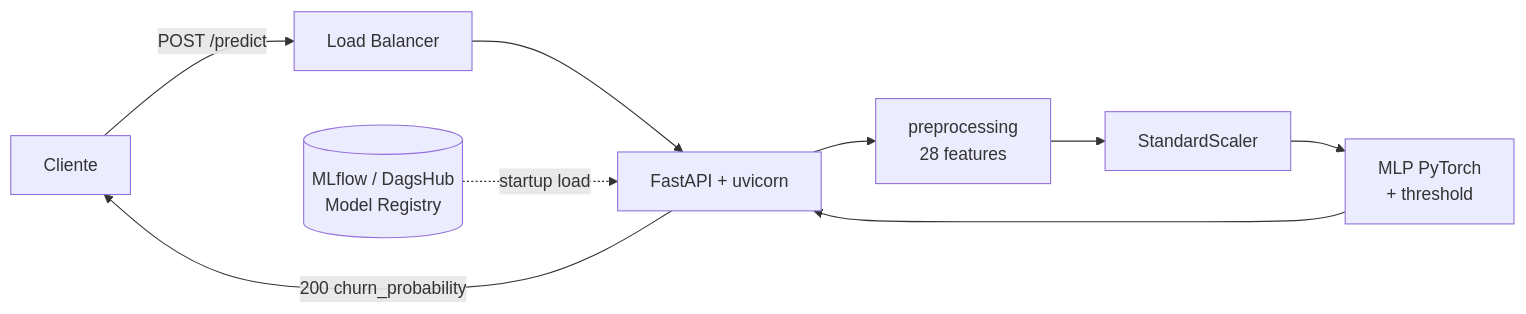
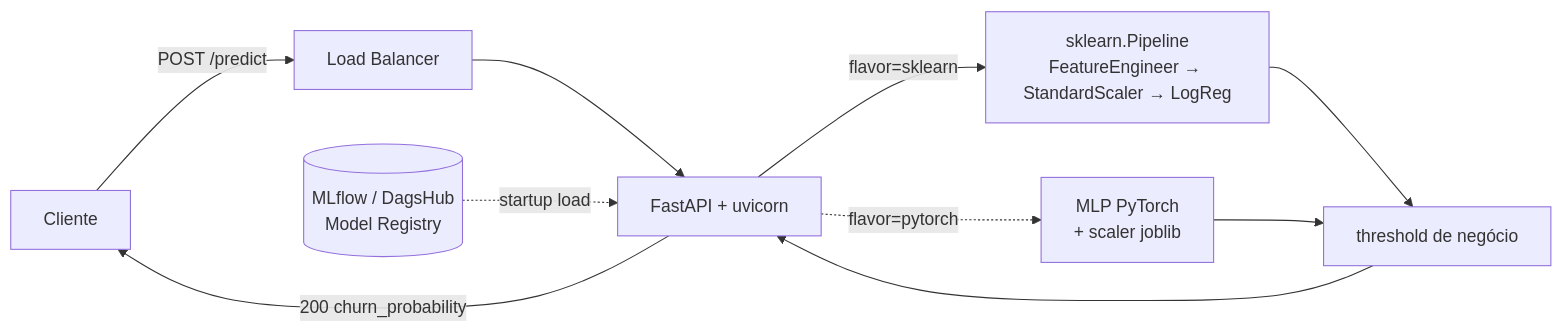
Before and after one commit to JosueJNLui/fiap-mlet-challenge-fase-1: the diagram in README.md, drawn with Mermaid. The commit also changed other lines of this file and 36 other files, not shown here.

First line of the commit message:
refactor: promove LR a produção, adiciona business metrics e pipeline sklearn (#20)

````diff
--- a/README.md
+++ b/README.md
@@ -23,15 +26,16 @@
 ```mermaid
 flowchart LR
     Client[Cliente]
     LB[Load Balancer]
     API[FastAPI + uvicorn]
-    Pre[preprocessing<br/>28 features]
-    Sc[StandardScaler]
-    M[MLP PyTorch<br/>+ threshold]
+    Pipe[sklearn.Pipeline<br/>FeatureEngineer → StandardScaler → LogReg]
+    MLP[MLP PyTorch<br/>+ scaler joblib]
+    Th[threshold de negócio]
     MLflow[(MLflow / DagsHub<br/>Model Registry)]
 
     Client -->|POST /predict| LB --> API
-    API --> Pre --> Sc --> M --> API
+    API -->|flavor=sklearn| Pipe --> Th --> API
+    API -.->|flavor=pytorch| MLP --> Th
     API -->|200 churn_probability| Client
     MLflow -.->|startup load| API
 ```
````
